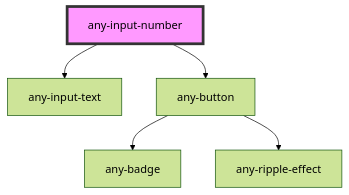
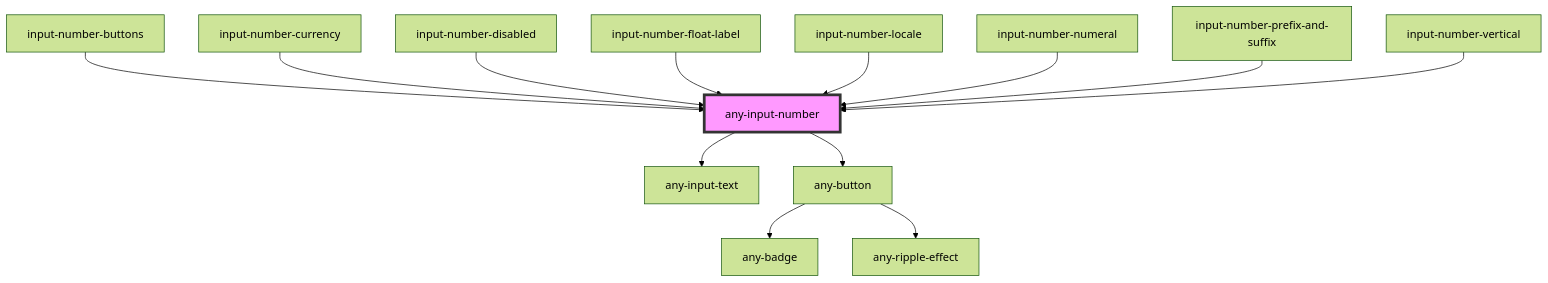
The diagram in packages/core/src/components/input-number/readme.md (adaleks/anywhere-ui), drawn with Mermaid (forest theme) before and after one commit. The commit also changed other lines of this file and 67 other files, not shown here.

Commit message:
Implemented showcase doc for input-number component

````diff
--- a/packages/core/src/components/input-number/readme.md
+++ b/packages/core/src/components/input-number/readme.md
@@ -73,8 +117,16 @@
 ```mermaid
 graph TD;
   any-input-number --> any-input-text
   any-input-number --> any-button
   any-button --> any-badge
   any-button --> any-ripple-effect
+  input-number-buttons --> any-input-number
+  input-number-currency --> any-input-number
+  input-number-disabled --> any-input-number
+  input-number-float-label --> any-input-number
+  input-number-locale --> any-input-number
+  input-number-numeral --> any-input-number
+  input-number-prefix-and-suffix --> any-input-number
+  input-number-vertical --> any-input-number
   style any-input-number fill:#f9f,stroke:#333,stroke-width:4px
 ```
````
